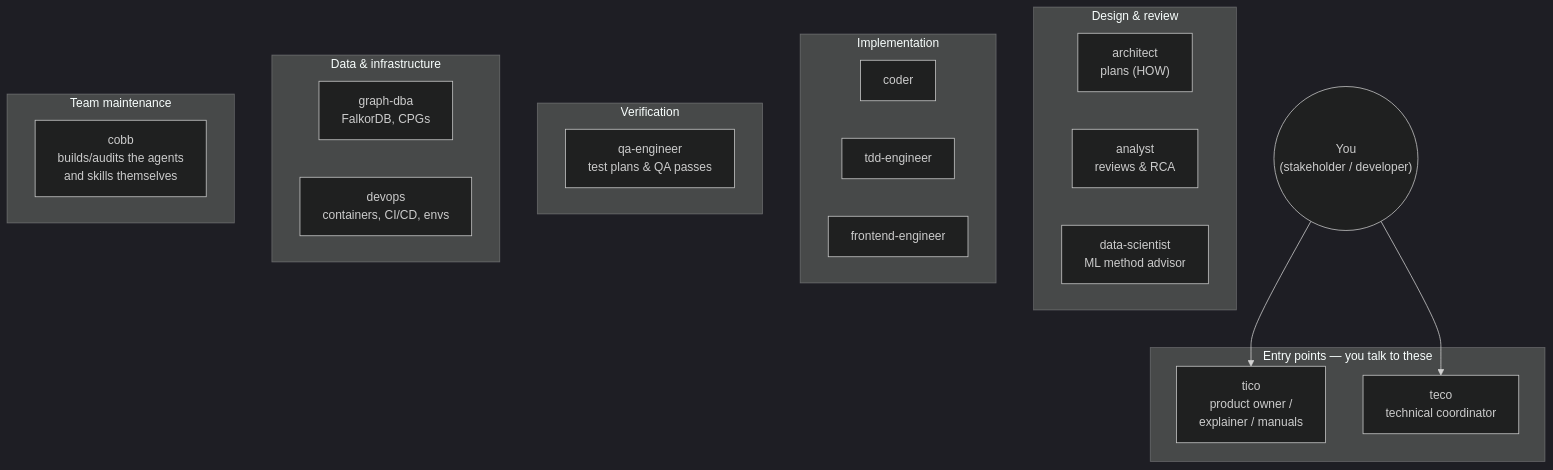
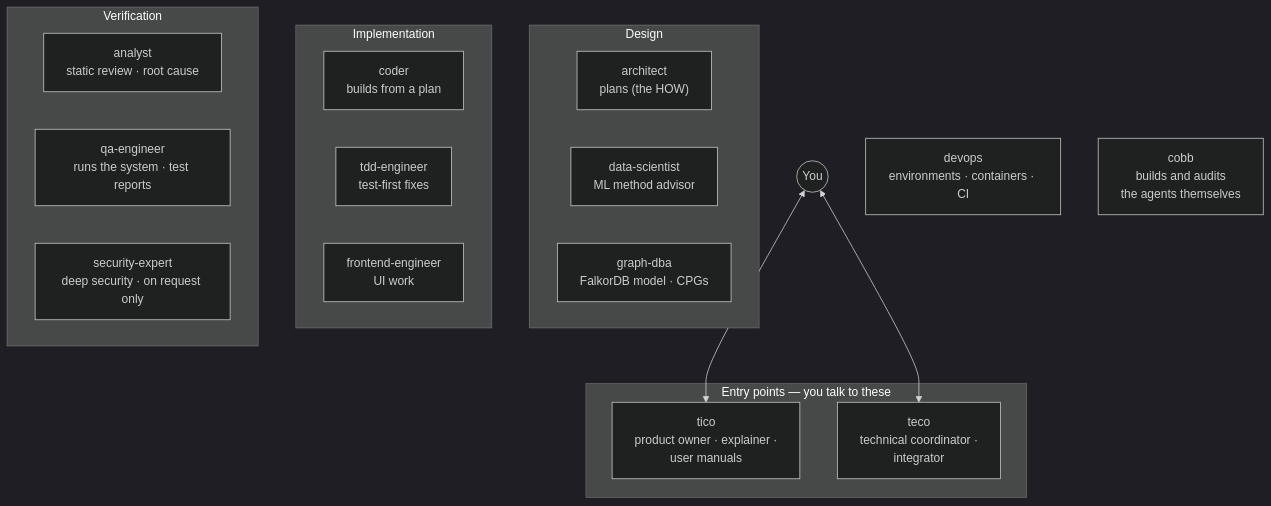
The first of 10 diagrams in claude/docs/manuals/agent-team.md (mauriciobs666/graphmind-ai-lab), drawn with Mermaid (dark theme) before and after one commit. The commit also changed other lines of this file and 2 other files, not shown here.

First line of the commit message:
docs(claude): rewrite agent team manual -- lifecycle, orchestration, tracking, docs

````diff
--- a/claude/docs/manuals/agent-team.md
+++ b/claude/docs/manuals/agent-team.md
@@ -36,37 +27,33 @@
 ```mermaid
 flowchart TB
+    you(("You"))
+
     subgraph entry["Entry points — you talk to these"]
-        tico["tico<br/>product owner /<br/>explainer / manuals"]
-        teco["teco<br/>technical coordinator"]
+        tico["tico<br/>product owner · explainer ·<br/>user manuals"]
+        teco["teco<br/>technical coordinator ·<br/>integrator"]
     end
 
-    subgraph design["Design & review"]
-        architect["architect<br/>plans (HOW)"]
-        analyst["analyst<br/>reviews & RCA"]
-        datascientist["data-scientist<br/>ML method advisor"]
+    subgraph design["Design"]
+        architect["architect<br/>plans (the HOW)"]
+        ds["data-scientist<br/>ML method advisor"]
+        graphdba["graph-dba<br/>FalkorDB model · CPGs"]
     end
 
     subgraph build["Implementation"]
-        coder["coder"]
-        tdd["tdd-engineer"]
-        frontend["frontend-engineer"]
+        coder["coder<br/>builds from a plan"]
+        tdd["tdd-engineer<br/>test-first fixes"]
+        frontend["frontend-engineer<br/>UI work"]
     end
 
     subgraph verify["Verification"]
-        qa["qa-engineer<br/>test plans & QA passes"]
+        analyst["analyst<br/>static review · root cause"]
+        qa["qa-engineer<br/>runs the system · test reports"]
+        sec["security-expert<br/>deep security · on request only"]
     end
 
-    subgraph infra["Data & infrastructure"]
-        graphdba["graph-dba<br/>FalkorDB, CPGs"]
-        devops["devops<br/>containers, CI/CD, envs"]
-    end
+    devops["devops<br/>environments · containers · CI"]
+    cobb["cobb<br/>builds and audits<br/>the agents themselves"]
 
-    subgraph meta["Team maintenance"]
-        cobb["cobb<br/>builds/audits the agents<br/>and skills themselves"]
-    end
-
-    you(("You<br/>(stakeholder / developer)"))
-
-    you --> tico
-    you --> teco
+    you <--> tico
+    you <--> teco
 ```
````
